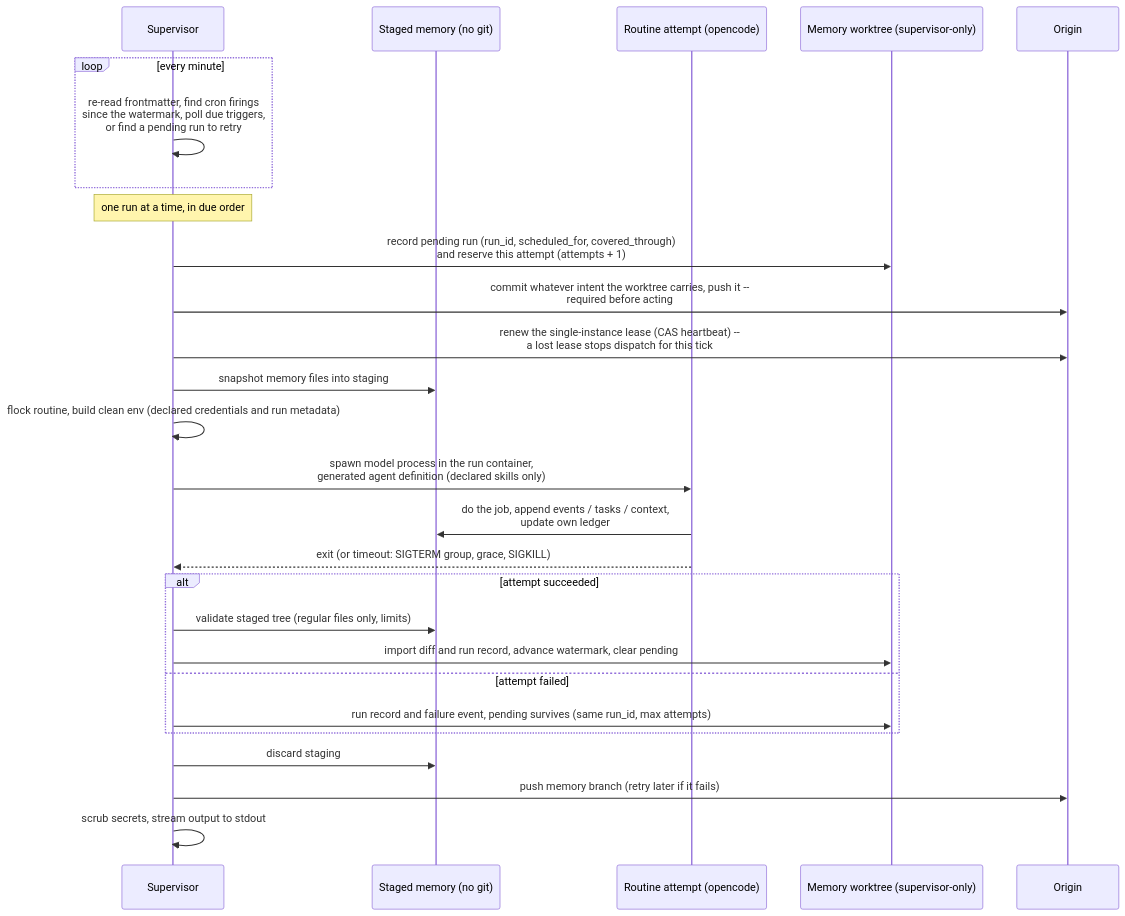
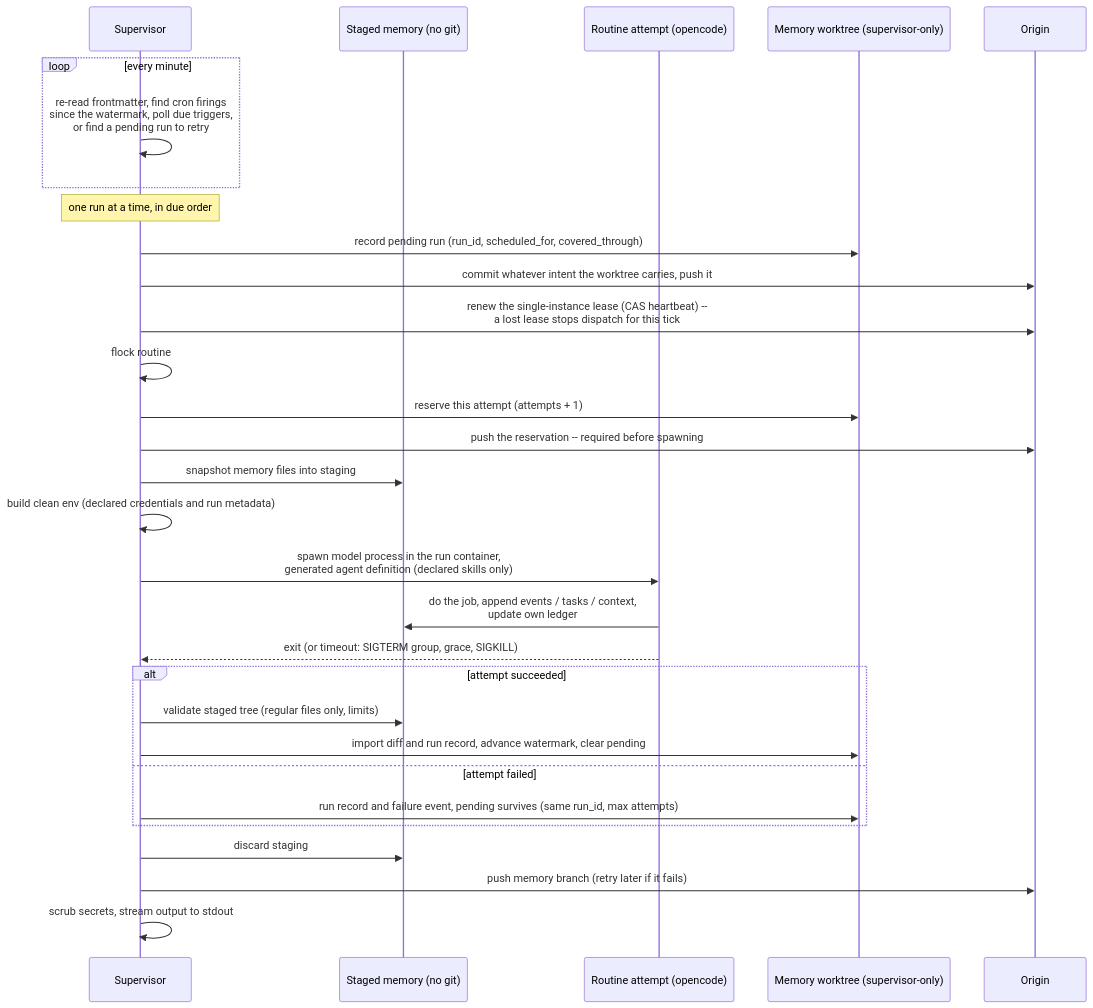
Before and after one commit to steadyspacecorp/openroutines: the diagram in docs/design.md, drawn with Mermaid. The commit also changed other lines of this file and 2 other files, not shown here.

First line of the commit message:
Design: reservations are per attempt, and a failed commit is a blocker

````diff
--- a/docs/design.md
+++ b/docs/design.md
@@ -237,30 +239,33 @@
 ```mermaid
 sequenceDiagram
     participant S as Supervisor
     participant St as Staged memory (no git)
     participant R as Routine attempt (opencode)
     participant W as Memory worktree (supervisor-only)
     participant O as Origin
 
     loop every minute
         S->>S: re-read frontmatter, find cron firings<br/>since the watermark, poll due triggers,<br/>or find a pending run to retry
     end
     Note over S: one run at a time, in due order
-    S->>W: record pending run (run_id, scheduled_for, covered_through)<br/>and reserve this attempt (attempts + 1)
-    S->>O: commit whatever intent the worktree carries, push it --<br/>required before acting
+    S->>W: record pending run (run_id, scheduled_for, covered_through)
+    S->>O: commit whatever intent the worktree carries, push it
     S->>O: renew the single-instance lease (CAS heartbeat) --<br/>a lost lease stops dispatch for this tick
+    S->>S: flock routine
+    S->>W: reserve this attempt (attempts + 1)
+    S->>O: push the reservation -- required before spawning
     S->>St: snapshot memory files into staging
-    S->>S: flock routine, build clean env (declared credentials and run metadata)
+    S->>S: build clean env (declared credentials and run metadata)
     S->>R: spawn model process in the run container,<br/>generated agent definition (declared skills only)
     R->>St: do the job, append events / tasks / context,<br/>update own ledger
     R-->>S: exit (or timeout: SIGTERM group, grace, SIGKILL)
     alt attempt succeeded
         S->>St: validate staged tree (regular files only, limits)
         S->>W: import diff and run record, advance watermark, clear pending
     else attempt failed
         S->>W: run record and failure event, pending survives (same run_id, max attempts)
     end
     S->>St: discard staging
     S->>O: push memory branch (retry later if it fails)
     S->>S: scrub secrets, stream output to stdout
 ```
````
